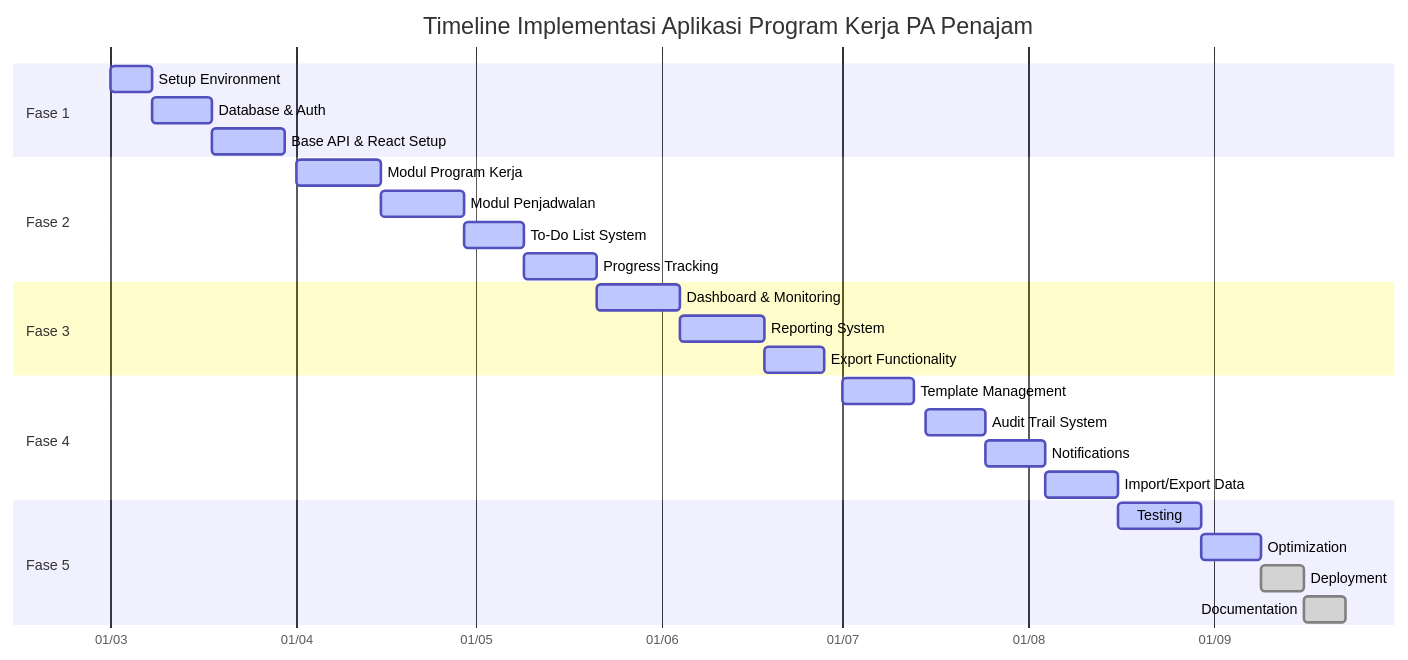
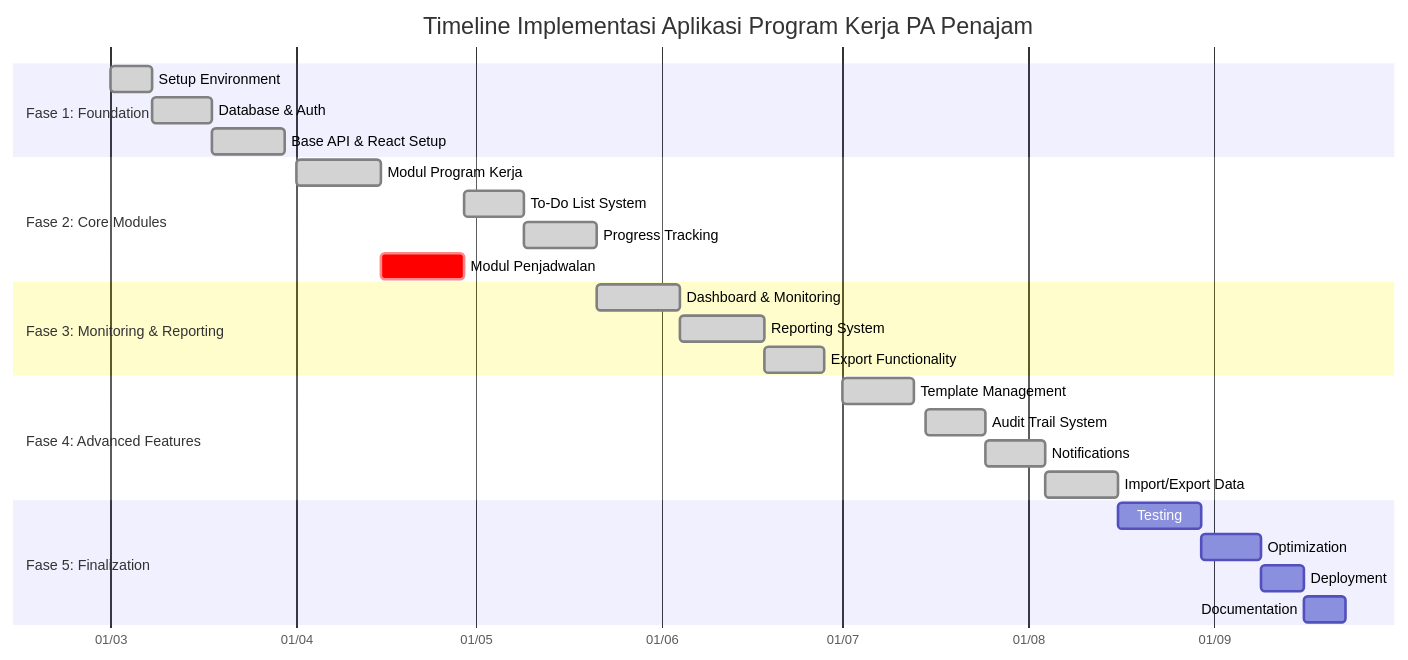
The diagram in Rancangan/Rencana_implementasi_updated.md (moohard/Program_Kerja), drawn with Mermaid before and after one commit. The commit also changed other lines of this file and 59 other files, not shown here.

First line of the commit message:
feat(core): Refactor progress, implementasi notifikasi & MinIO

````diff
--- a/Rancangan/Rencana_implementasi_updated.md
+++ b/Rancangan/Rencana_implementasi_updated.md
@@ -4,34 +6,34 @@
 ```mermaid
 gantt
     title Timeline Implementasi Aplikasi Program Kerja PA Penajam
     dateFormat  YYYY-MM-DD
     axisFormat %d/%m
     
-    section Fase 1
-    Setup Environment           :active, 2024-03-01, 7d
-    Database & Auth             :active, 2024-03-08, 10d
-    Base API & React Setup      :active, 2024-03-18, 12d
+    section Fase 1: Foundation
+    Setup Environment           :done, 2024-03-01, 7d
+    Database & Auth             :done, 2024-03-08, 10d
+    Base API & React Setup      :done, 2024-03-18, 12d
 
-    section Fase 2
-    Modul Program Kerja         :active, 2024-04-01, 14d
-    Modul Penjadwalan           :active, 2024-04-15, 14d
-    To-Do List System           :active, 2024-04-29, 10d
-    Progress Tracking           :active, 2024-05-09, 12d
+    section Fase 2: Core Modules
+    Modul Program Kerja         :done, 2024-04-01, 14d
+    To-Do List System           :done, 2024-04-29, 10d
+    Progress Tracking           :done, 2024-05-09, 12d
+    Modul Penjadwalan           :crit, 2024-04-15, 14d
 
-    section Fase 3
-    Dashboard & Monitoring      :active, 2024-05-21, 14d
-    Reporting System            :active, 2024-06-04, 14d
-    Export Functionality        :active, 2024-06-18, 10d
+    section Fase 3: Monitoring & Reporting
+    Dashboard & Monitoring      :done, 2024-05-21, 14d
+    Reporting System            :done, 2024-06-04, 14d
+    Export Functionality        :done, 2024-06-18, 10d
 
-    section Fase 4
-    Template Management         :active, 2024-07-01, 12d
-    Audit Trail System          :active, 2024-07-15, 10d
-    Notifications               :active, 2024-07-25, 10d
-    Import/Export Data          :active, 2024-08-04, 12d
+    section Fase 4: Advanced Features
+    Template Management         :done, 2024-07-01, 12d
+    Audit Trail System          :done, 2024-07-15, 10d
+    Notifications               :done, 2024-07-25, 10d
+    Import/Export Data          :done, 2024-08-04, 12d
 
-    section Fase 5
-    Testing                     :active, 2024-08-16, 14d
-    Optimization                :active, 2024-08-30, 10d
-    Deployment                  :done, 2024-09-09, 7d
-    Documentation               :done, 2024-09-16, 7d
+    section Fase 5: Finalization
+    Testing                     :2024-08-16, 14d
+    Optimization                :2024-08-30, 10d
+    Deployment                  :2024-09-09, 7d
+    Documentation               :2024-09-16, 7d
 ```
````
